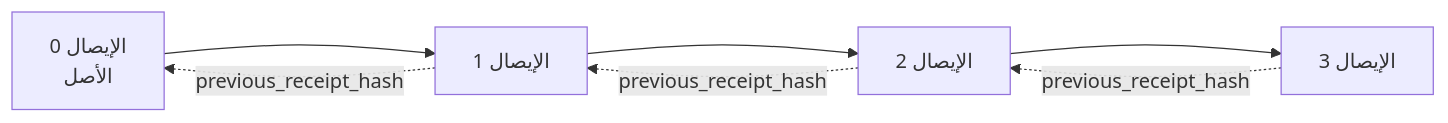
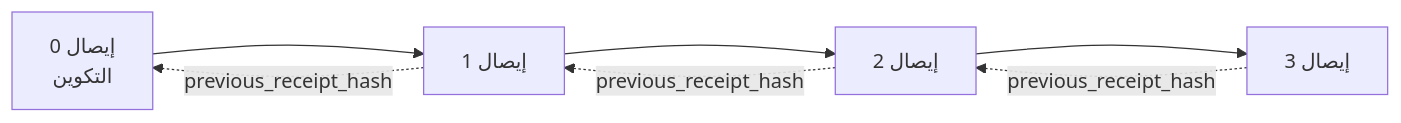
The second of 2 diagrams in translations/ar/18-securing-ai-agents/README.md (microsoft/ai-agents-for-beginners), drawn with Mermaid before and after one commit. The commit also changed other lines of this file and 47 other files, not shown here.

````diff
--- a/translations/ar/18-securing-ai-agents/README.md
+++ b/translations/ar/18-securing-ai-agents/README.md
@@ -206,9 +203,9 @@
 ```mermaid
 flowchart LR
-    R0[الإيصال 0<br/>الأصل] --> R1[الإيصال 1]
-    R1 --> R2[الإيصال 2]
-    R2 --> R3[الإيصال 3]
+    R0[إيصال 0<br/>التكوين] --> R1[إيصال 1]
+    R1 --> R2[إيصال 2]
+    R2 --> R3[إيصال 3]
     R1 -. previous_receipt_hash .-> R0
     R2 -. previous_receipt_hash .-> R1
     R3 -. previous_receipt_hash .-> R2
 ```
````
